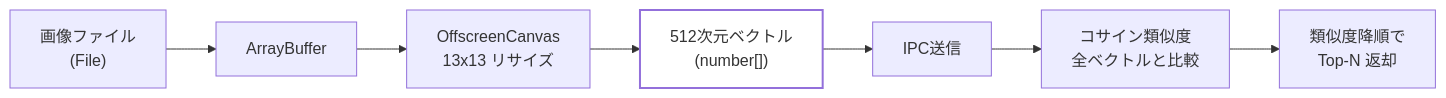
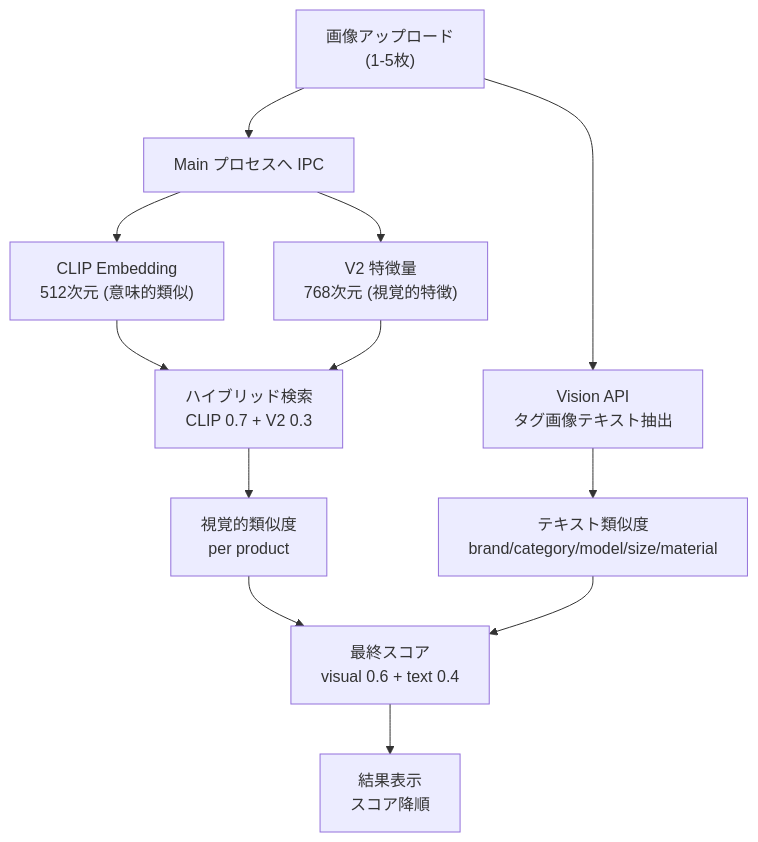
Before and after one commit to oimos/SSImageSearch: the fourth of 9 diagrams in ARCHITECTURE.md, drawn with Mermaid. The commit also changed other lines of this file and 5 other files, not shown here.

First line of the commit message:
docs: ARCHITECTUREドキュメントをハイブリッド検索・テキストブースト仕様に更新

````diff
--- a/ARCHITECTURE.md
+++ b/ARCHITECTURE.md
@@ -311,11 +340,20 @@
 ```mermaid
-flowchart LR
-    A["画像ファイル<br/>(File)"] --> B["ArrayBuffer"]
-    B --> C["OffscreenCanvas<br/>13x13 リサイズ"]
-    C --> D["512次元ベクトル<br/>(number[])"]
-    D --> E["IPC送信"]
-    E --> F["コサイン類似度<br/>全ベクトルと比較"]
-    F --> G["類似度降順で<br/>Top-N 返却"]
+flowchart TD
+    A["画像アップロード<br/>(1-5枚)"] --> B["Main プロセスへ IPC"]
 
-    style D fill:none,stroke-width:2px
+    B --> C["CLIP Embedding<br/>512次元 (意味的類似)"]
+    B --> D["V2 特徴量<br/>768次元 (視覚的特徴)"]
+    A --> E["Vision API<br/>タグ画像テキスト抽出"]
+
+    C --> F["ハイブリッド検索<br/>CLIP 0.7 + V2 0.3"]
+    D --> F
+
+    F --> G["視覚的類似度<br/>per product"]
+
+    E --> H["テキスト類似度<br/>brand/category/model/size/material"]
+
+    G --> I["最終スコア<br/>visual 0.6 + text 0.4"]
+    H --> I
+
+    I --> J["結果表示<br/>スコア降順"]
 ```
````
